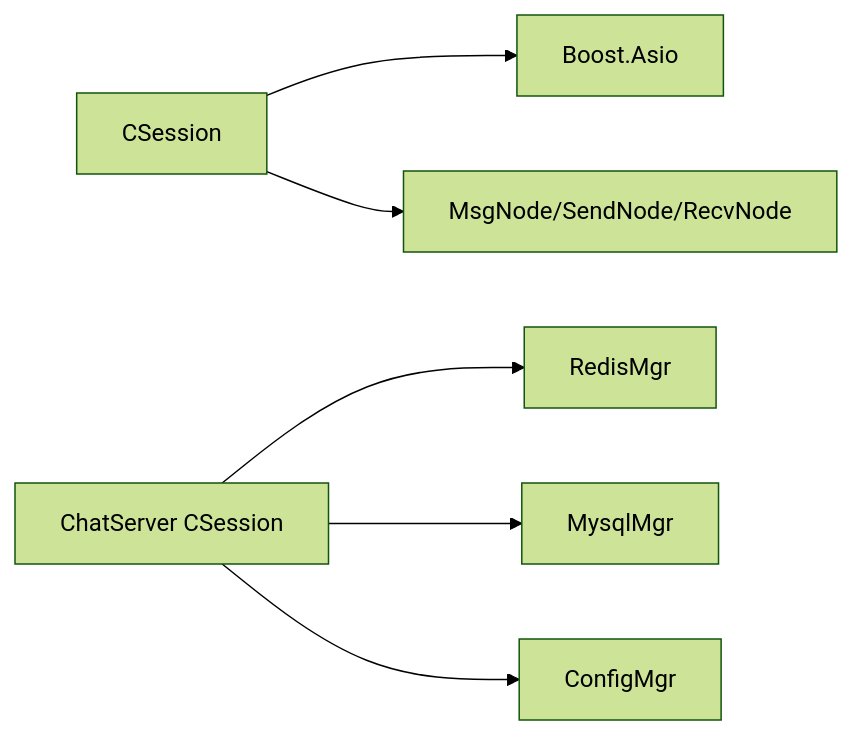
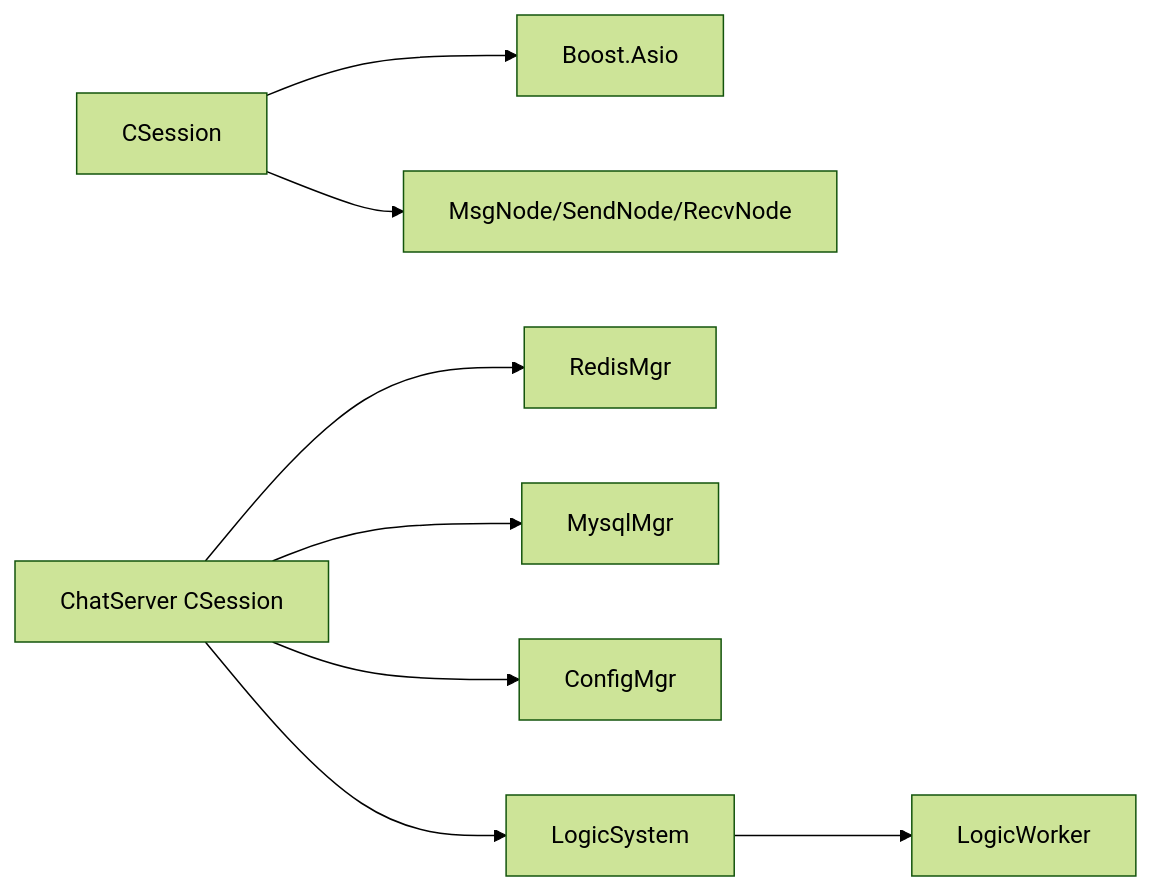
Before and after one commit to echo9923/mychatter: diagram 11 of 11 in .qoder/repowiki/zh/content/服务端开发/ChatServer聊天核心服务/会话管理/并发控制与同步.md, drawn with Mermaid (forest theme). The commit also changed other lines of this file and 54 other files, not shown here.

````diff
--- a/.qoder/repowiki/zh/content/服务端开发/ChatServer聊天核心服务/会话管理/并发控制与同步.md
+++ b/.qoder/repowiki/zh/content/服务端开发/ChatServer聊天核心服务/会话管理/并发控制与同步.md
@@ -253,8 +372,10 @@
 ```mermaid
 graph LR
 CSession["CSession"] --> Asio["Boost.Asio"]
 CSession --> MsgNode["MsgNode/SendNode/RecvNode"]
 CS["ChatServer CSession"] --> RedisMgr["RedisMgr"]
 CS --> MysqlMgr["MysqlMgr"]
 CS --> ConfigMgr["ConfigMgr"]
+CS --> LogicSystem["LogicSystem"]
+LogicSystem --> LogicWorker["LogicWorker"]
 ```
````
